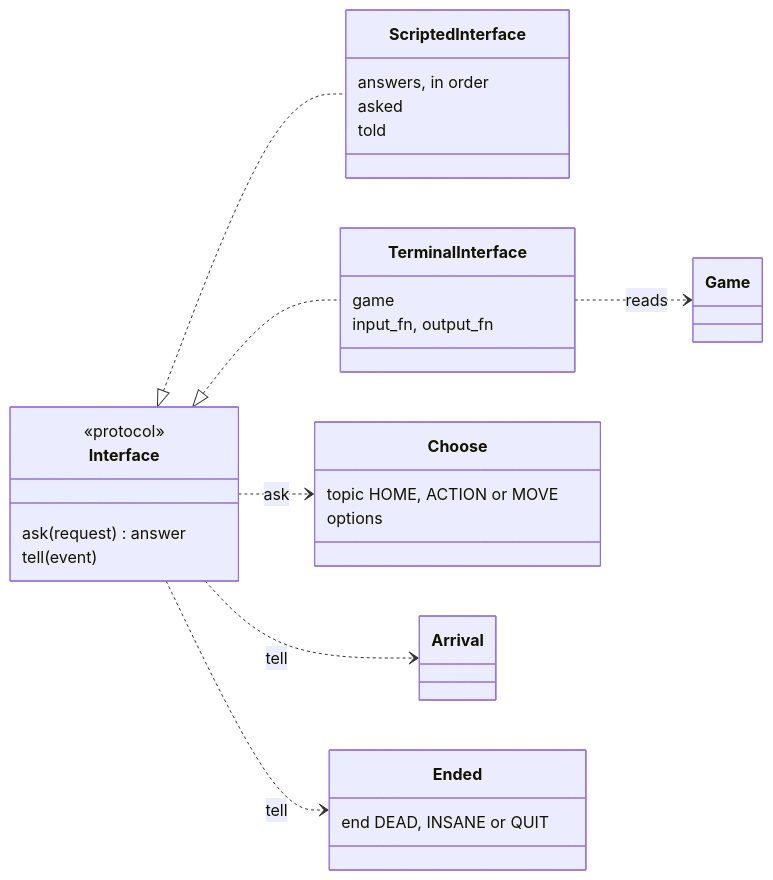
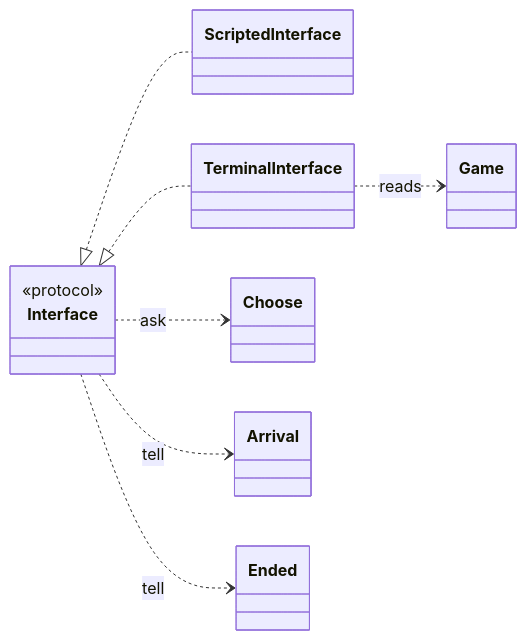
Before and after one commit to NathanChalot/AloneVsFEear: the fourth of 6 diagrams in docs/architecture.md, drawn with Mermaid. The commit also changed other lines of this file and 11 other files, not shown here.

````diff
--- a/docs/architecture.md
+++ b/docs/architecture.md
@@ -171,31 +103,13 @@
 ```mermaid
 classDiagram
     direction LR
     Interface <|.. ScriptedInterface
     Interface <|.. TerminalInterface
     Interface ..> Choose : ask
     Interface ..> Arrival : tell
     Interface ..> Ended : tell
     TerminalInterface ..> Game : reads
     class Interface {
         <<protocol>>
-        ask(request) answer
-        tell(event)
-    }
-    class Choose {
-        topic HOME, ACTION or MOVE
-        options
-    }
-    class Ended {
-        end DEAD, INSANE or QUIT
-    }
-    class ScriptedInterface {
-        answers, in order
-        asked
-        told
-    }
-    class TerminalInterface {
-        game
-        input_fn, output_fn
     }
 ```
````
